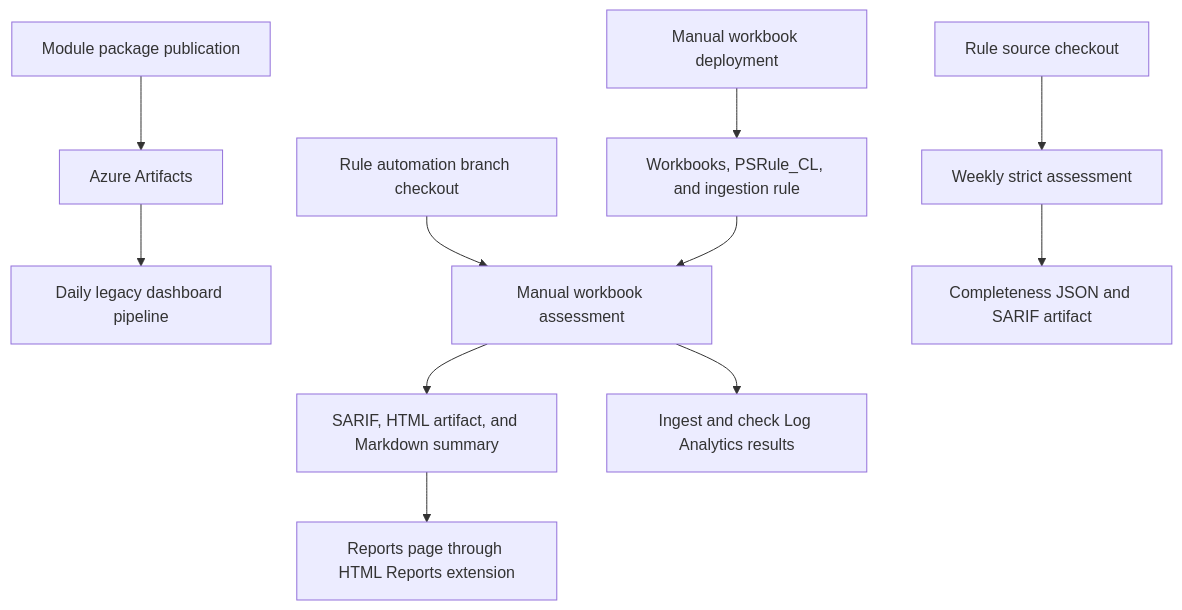
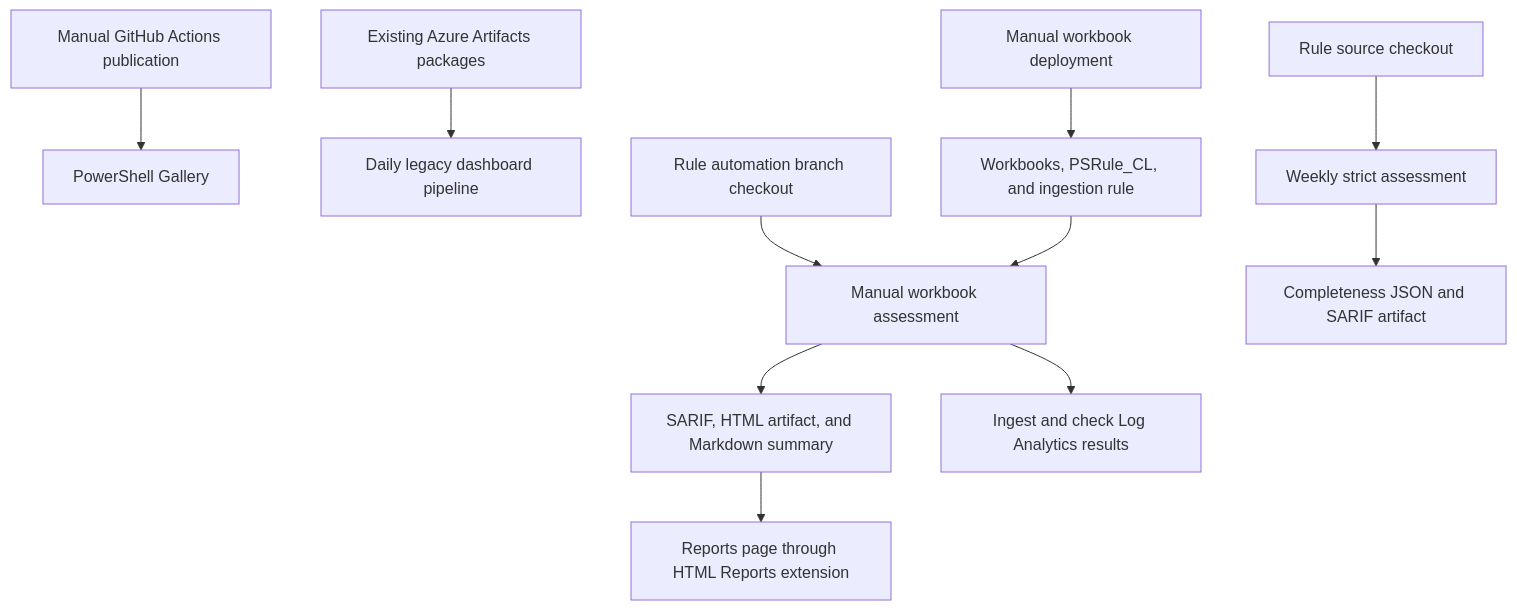
One commit to wesleycamargo/DevOpsTools.AzureDevOps.PSRule changed the second of 2 diagrams in docs/architecture.md. Above: the diagram before and after it, drawn with Mermaid. The commit also changed other lines of this file and 470 other files, not shown here.

Commit message:
feat!: rename module to DevOpsTools.AzureDevOps.Assessment

````diff
--- a/docs/architecture.md
+++ b/docs/architecture.md
@@ -126,13 +131,13 @@
 ```mermaid
 flowchart TD
-    Release["Module package publication"] --> Feed["Azure Artifacts"]
-    Feed --> Legacy["Daily legacy dashboard pipeline"]
+    Release["Manual GitHub Actions publication"] --> Gallery["PowerShell Gallery"]
+    Feed["Existing Azure Artifacts packages"] --> Legacy["Daily legacy dashboard pipeline"]
     Source["Rule source checkout"] --> Weekly["Weekly strict assessment"]
     SourceBranch["Rule automation branch checkout"] --> Manual["Manual workbook assessment"]
     Weekly --> Evidence["Completeness JSON and SARIF artifact"]
     Deploy["Manual workbook deployment"] --> Infra["Workbooks, PSRule_CL, and ingestion rule"]
     Infra --> Manual
     Manual --> Reports["SARIF, HTML artifact, and Markdown summary"]
     Manual --> History["Ingest and check Log Analytics results"]
     Reports --> Viewer["Reports page through HTML Reports extension"]
 ```
````
